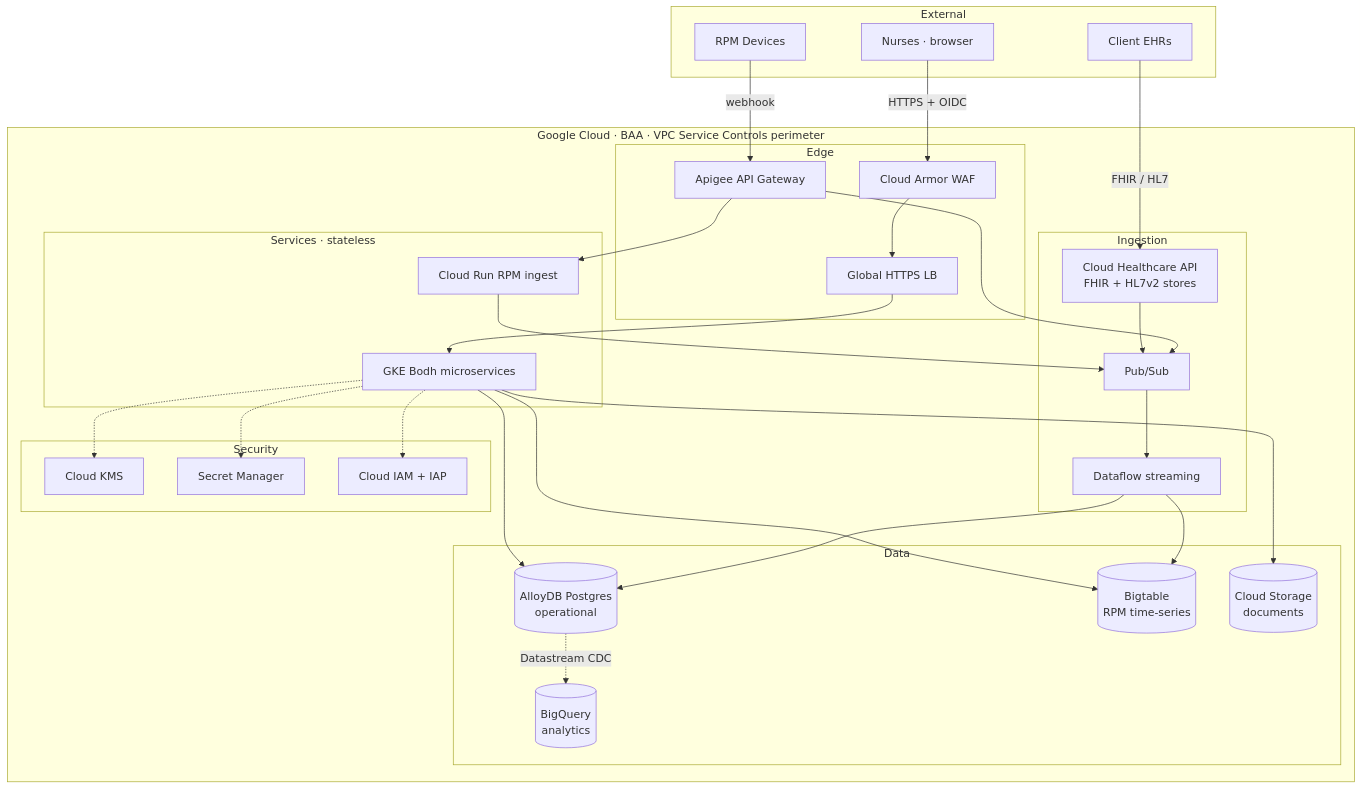
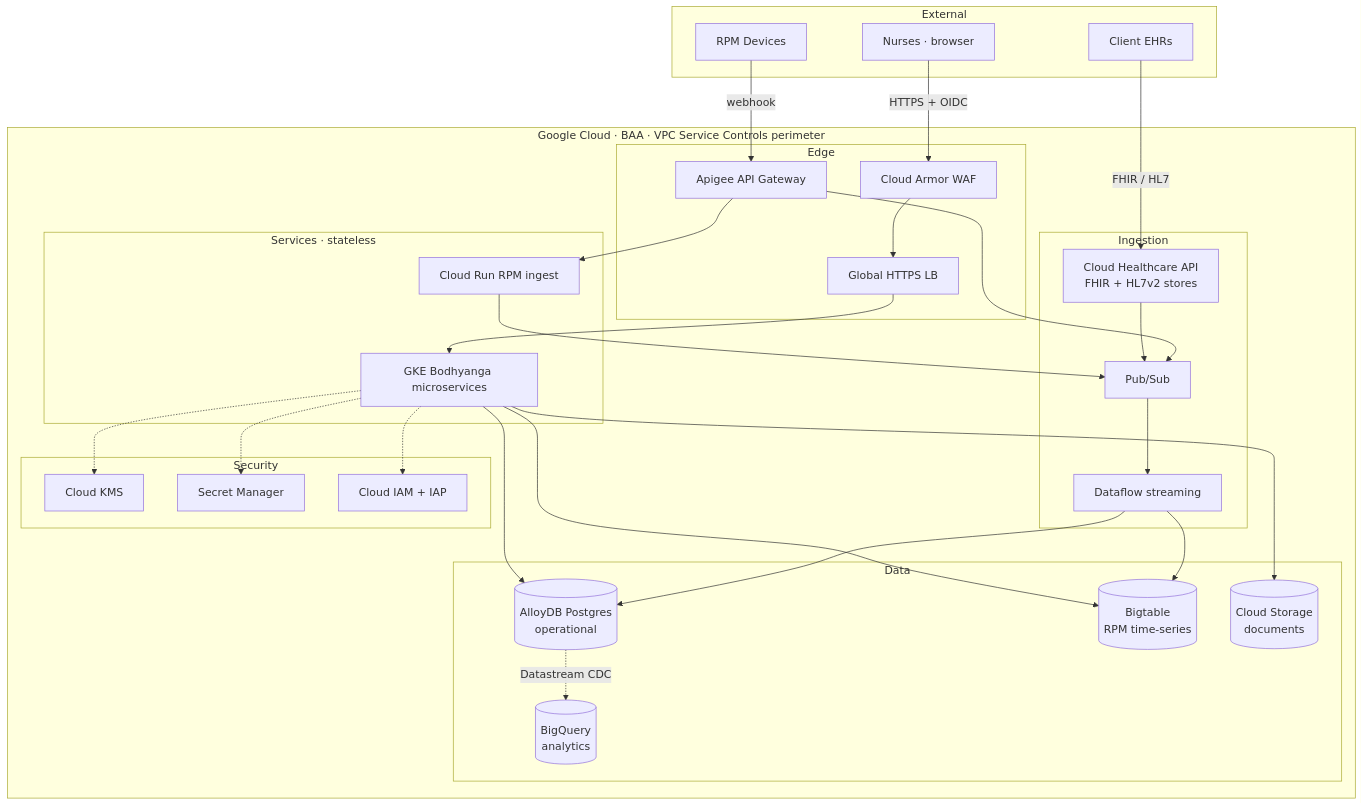
Before and after one commit to PratikDhanave/bodhyanga: diagram 21 of 33 in docs/diagrams.md, drawn with Mermaid. The commit also changed other lines of this file and 672 other files, not shown here.

First line of the commit message:
chore: rename project bodh -> bodhyanga everywhere

````diff
--- a/docs/diagrams.md
+++ b/docs/diagrams.md
@@ -627,56 +627,56 @@
 ```mermaid
 flowchart TB
     subgraph External[External]
         EHR[Client EHRs]
         Device[RPM Devices]
         Nurse[Nurses · browser]
     end
 
     subgraph GCP[Google Cloud · BAA · VPC Service Controls perimeter]
         subgraph Edge[Edge]
             CA[Cloud Armor WAF]
             LB[Global HTTPS LB]
             APIGW[Apigee API Gateway]
         end
         subgraph Ingestion[Ingestion]
             CHC[Cloud Healthcare API<br/>FHIR + HL7v2 stores]
             PubSub[Pub/Sub]
             Dataflow[Dataflow streaming]
         end
         subgraph Services[Services · stateless]
-            GKE[GKE Bodh microservices]
+            GKE[GKE Bodhyanga microservices]
             CR[Cloud Run RPM ingest]
         end
         subgraph Data[Data]
             AlloyDB[(AlloyDB Postgres<br/>operational)]
             Bigtable[(Bigtable<br/>RPM time-series)]
             CS[(Cloud Storage<br/>documents)]
             BQ[(BigQuery<br/>analytics)]
         end
         subgraph Security[Security]
             KMS[Cloud KMS]
             SM[Secret Manager]
             IAM[Cloud IAM + IAP]
         end
     end
 
     Device -->|webhook| APIGW
     EHR -->|FHIR / HL7| CHC
     Nurse -->|HTTPS + OIDC| CA
     CA --> LB
     LB --> GKE
     APIGW --> PubSub
     APIGW --> CR
     CR --> PubSub
     CHC --> PubSub
     PubSub --> Dataflow
     Dataflow --> AlloyDB
     Dataflow --> Bigtable
     GKE --> AlloyDB
     GKE --> Bigtable
     GKE --> CS
     AlloyDB -.Datastream CDC.-> BQ
     GKE -.-> KMS
     GKE -.-> SM
     GKE -.-> IAM
 ```
````
